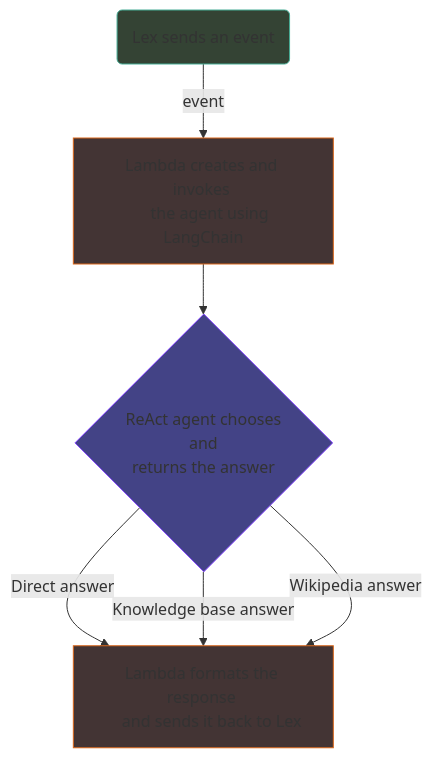
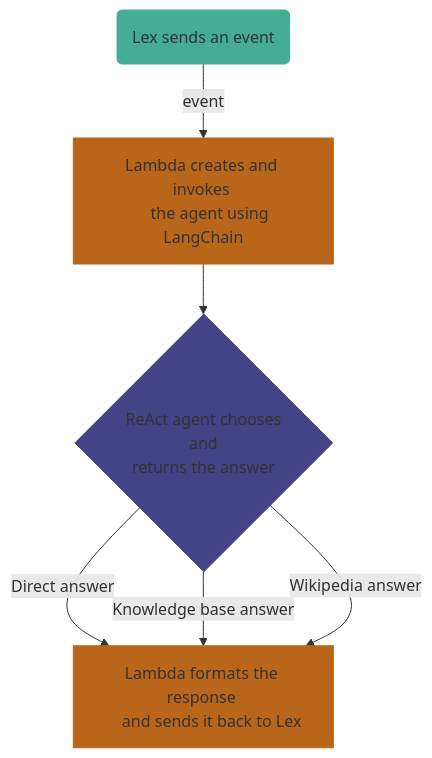
One commit to 565059/ai-chatbot-aws changed the diagram in README.md. Above: the diagram before and after it, drawn with Mermaid.

````diff
--- a/README.md
+++ b/README.md
@@ -80,17 +80,17 @@
 ```mermaid
 flowchart TD
     A(Lex sends an event) -->|event| B["Lambda creates and invokes 
     the agent using LangChain"]
     B --> C{"ReAct agent chooses
      and 
      returns the answer"}
     C -->|Direct answer| D["Lambda formats the response 
     and sends it back to Lex"]
     C -->|Knowledge base answer| D
     C -->|Wikipedia answer| D
 
-    style A stroke:#45AC95, fill:#344334
-    style B stroke:#DA661A, fill:#433434
-    style C stroke:#8546FF, fill:#434386
-    style D stroke:#DA661A, fill:#433434
+    style A stroke:#45AC95, fill:#45AC95
+    style B stroke:#BA661A, fill:#BA661A
+    style C stroke:#434386, fill:#434386
+    style D stroke:#BA661A, fill:#BA661A
 ```
````
